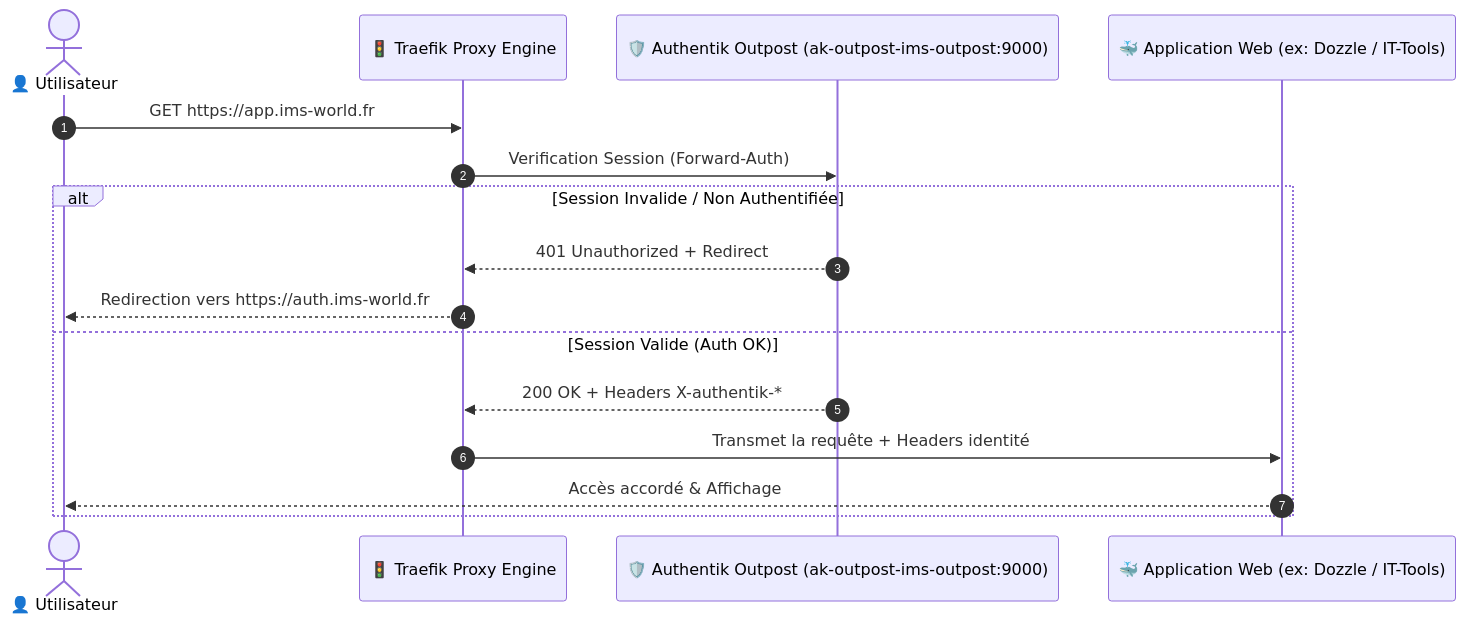
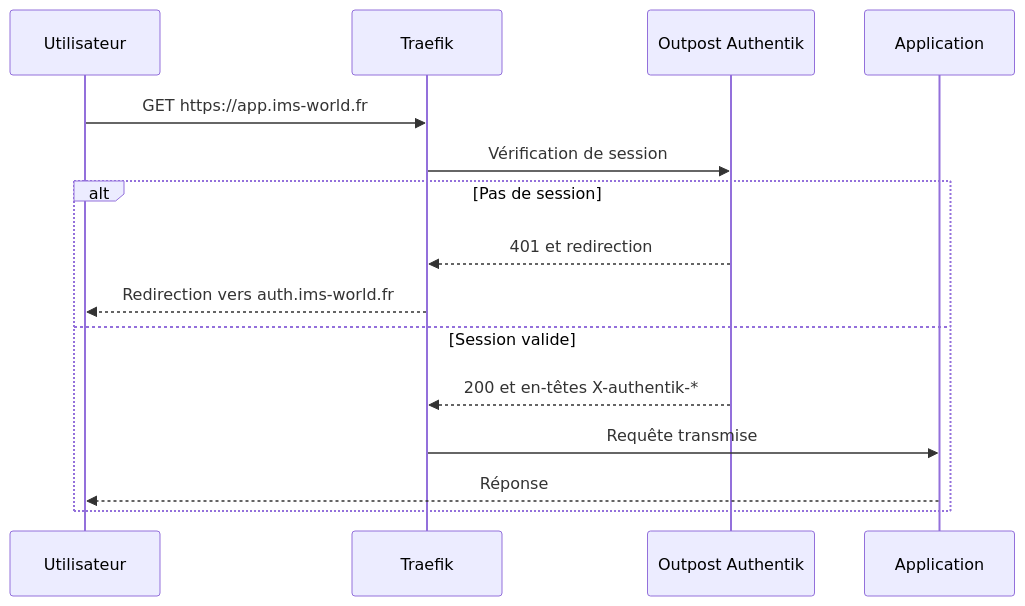
Before and after one commit to ims-world/docs: the diagram in procedures/securiser-application-authentik-forward-auth.md, drawn with Mermaid. The commit also changed other lines of this file and 7 other files, not shown here.

````diff
--- a/procedures/securiser-application-authentik-forward-auth.md
+++ b/procedures/securiser-application-authentik-forward-auth.md
@@ -20,19 +15,17 @@
 ```mermaid
 sequenceDiagram
-    autonumber
-    actor User as 👤 Utilisateur
-    participant Traefik as 🚦 Traefik Proxy Engine
-    participant Outpost as 🛡️ Authentik Outpost (ak-outpost-ims-outpost:9000)
-    participant App as 🐳 Application Web (ex: Dozzle / IT-Tools)
-
-    User->>Traefik: GET https://app.ims-world.fr
-    Traefik->>Outpost: Verification Session (Forward-Auth)
-    alt Session Invalide / Non Authentifiée
-        Outpost-->>Traefik: 401 Unauthorized + Redirect
-        Traefik-->>User: Redirection vers https://auth.ims-world.fr
-    else Session Valide (Auth OK)
-        Outpost-->>Traefik: 200 OK + Headers X-authentik-*
-        Traefik->>App: Transmet la requête + Headers identité
-        App-->>User: Accès accordé & Affichage
-    end
+  participant U as Utilisateur
+  participant T as Traefik
+  participant O as Outpost Authentik
+  participant A as Application
+  U->>T: GET https://app.ims-world.fr
+  T->>O: Vérification de session
+  alt Pas de session
+    O-->>T: 401 et redirection
+    T-->>U: Redirection vers auth.ims-world.fr
+  else Session valide
+    O-->>T: 200 et en-têtes X-authentik-*
+    T->>A: Requête transmise
+    A-->>U: Réponse
+  end
 ```
````
